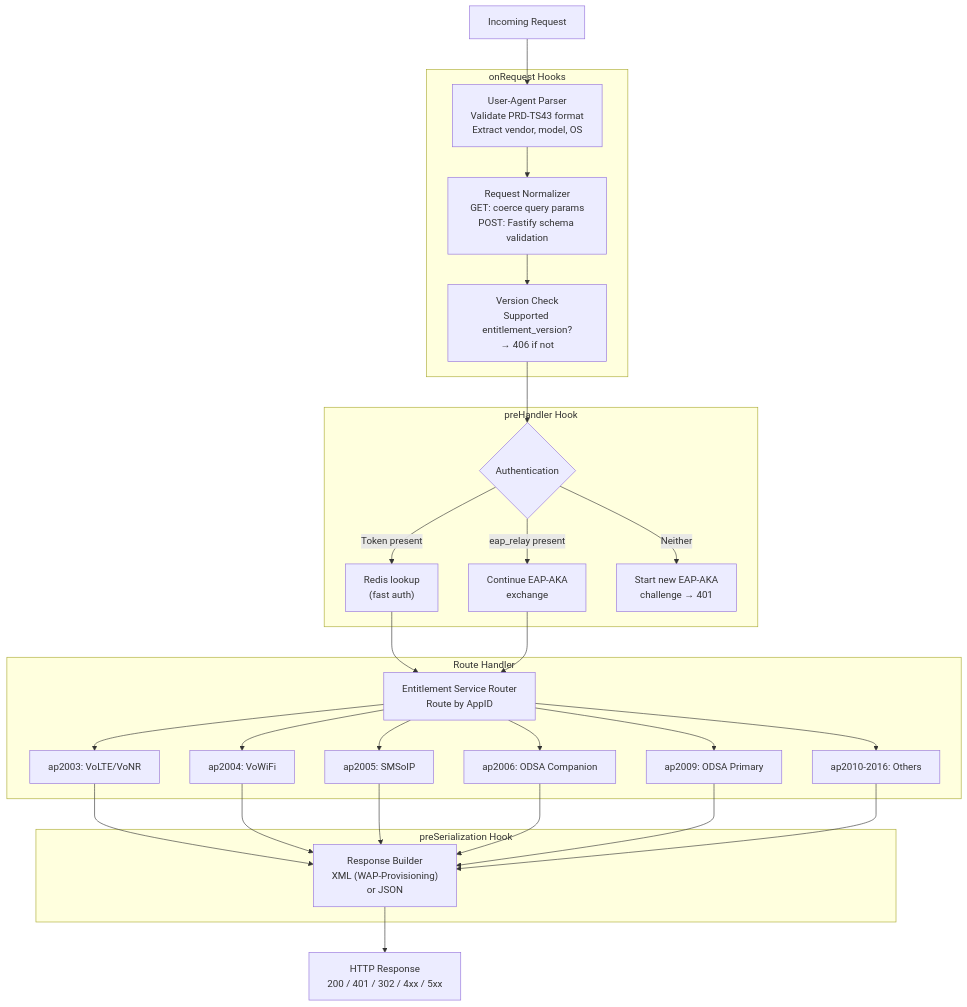
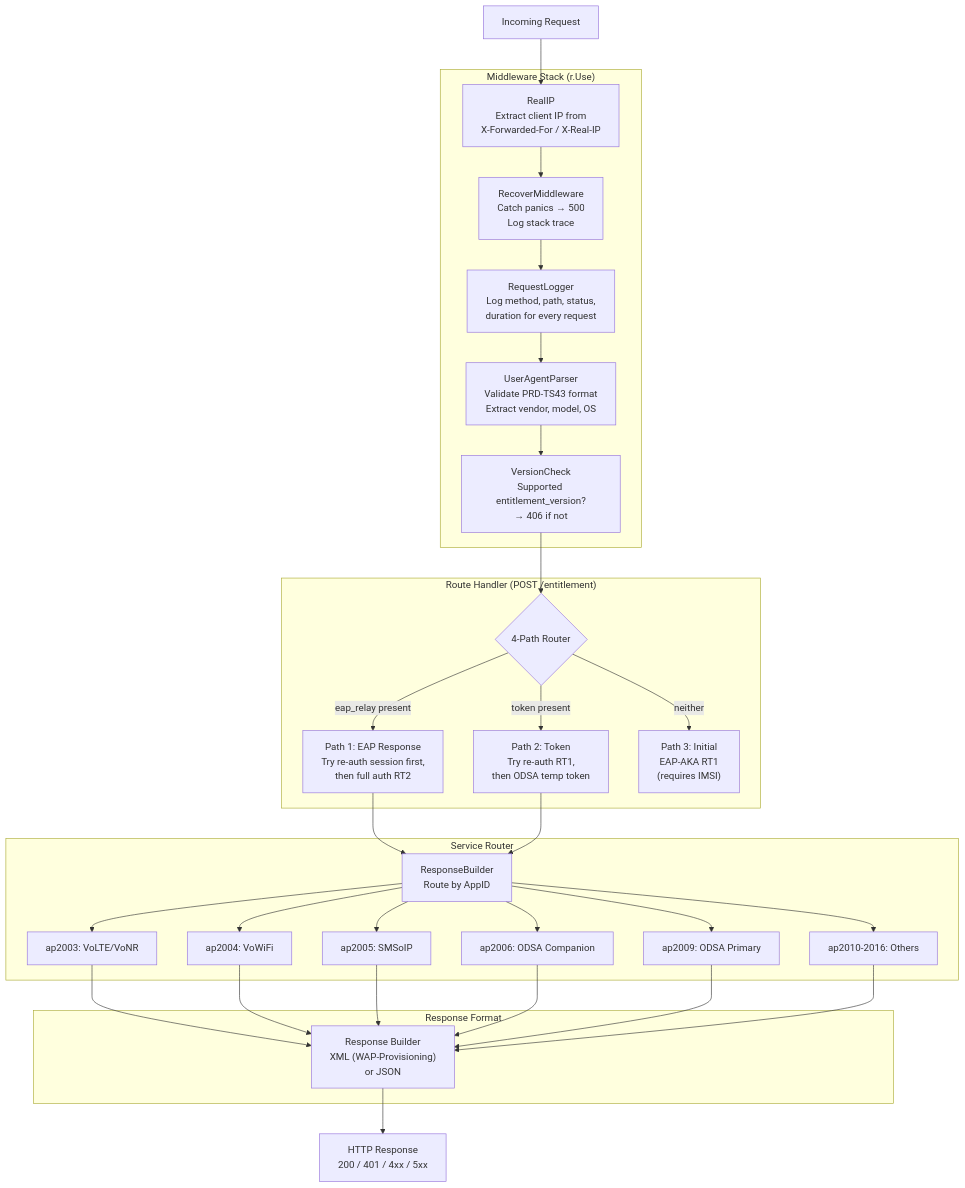
Before and after one commit to hkassaei/poc-entitlements-as-a-service-go: the fifth of 6 diagrams in architecture.md, drawn with Mermaid. The commit also changed other lines of this file and 189 other files, not shown here.

````diff
--- a/architecture.md
+++ b/architecture.md
@@ -191,42 +195,44 @@
 ```mermaid
 graph TB
     REQ["Incoming Request"] --> H1
 
-    subgraph "onRequest Hooks"
-        H1["User-Agent Parser<br/>Validate PRD-TS43 format<br/>Extract vendor, model, OS"]
-        H2["Request Normalizer<br/>GET: coerce query params<br/>POST: Fastify schema validation"]
-        H3["Version Check<br/>Supported entitlement_version?<br/>→ 406 if not"]
+    subgraph "Middleware Stack (r.Use)"
+        H1["RealIP<br/>Extract client IP from<br/>X-Forwarded-For / X-Real-IP"]
+        H2["RecoverMiddleware<br/>Catch panics → 500<br/>Log stack trace"]
+        H3["RequestLogger<br/>Log method, path, status,<br/>duration for every request"]
+        H4["UserAgentParser<br/>Validate PRD-TS43 format<br/>Extract vendor, model, OS"]
+        H5["VersionCheck<br/>Supported entitlement_version?<br/>→ 406 if not"]
     end
 
-    subgraph "preHandler Hook"
-        H4{"Authentication"}
-        H4 -->|"Token present"| H4a["Redis lookup<br/>(fast auth)"]
-        H4 -->|"eap_relay present"| H4b["Continue EAP-AKA<br/>exchange"]
-        H4 -->|"Neither"| H4c["Start new EAP-AKA<br/>challenge → 401"]
+    subgraph "Route Handler (POST /entitlement)"
+        H6{"4-Path Router"}
+        H6 -->|"eap_relay present"| P1["Path 1: EAP Response<br/>Try re-auth session first,<br/>then full auth RT2"]
+        H6 -->|"token present"| P2["Path 2: Token<br/>Try re-auth RT1,<br/>then ODSA temp token"]
+        H6 -->|"neither"| P3["Path 3: Initial<br/>EAP-AKA RT1<br/>(requires IMSI)"]
     end
 
-    subgraph "Route Handler"
-        H5["Entitlement Service Router<br/>Route by AppID"]
-        H5 --> S1["ap2003: VoLTE/VoNR"]
-        H5 --> S2["ap2004: VoWiFi"]
-        H5 --> S3["ap2005: SMSoIP"]
-        H5 --> S4["ap2006: ODSA Companion"]
-        H5 --> S5["ap2009: ODSA Primary"]
-        H5 --> S6["ap2010-2016: Others"]
+    subgraph "Service Router"
+        SR["ResponseBuilder<br/>Route by AppID"]
+        SR --> S1["ap2003: VoLTE/VoNR"]
+        SR --> S2["ap2004: VoWiFi"]
+        SR --> S3["ap2005: SMSoIP"]
+        SR --> S4["ap2006: ODSA Companion"]
+        SR --> S5["ap2009: ODSA Primary"]
+        SR --> S6["ap2010-2016: Others"]
     end
 
-    subgraph "preSerialization Hook"
-        H6["Response Builder<br/>XML (WAP-Provisioning)<br/>or JSON"]
+    subgraph "Response Format"
+        RF["Response Builder<br/>XML (WAP-Provisioning)<br/>or JSON"]
     end
 
-    H1 --> H2 --> H3 --> H4
-    H4a --> H5
-    H4b --> H5
-    S1 --> H6
-    S2 --> H6
-    S3 --> H6
-    S4 --> H6
-    S5 --> H6
-    S6 --> H6
-    H6 --> RESP["HTTP Response<br/>200 / 401 / 302 / 4xx / 5xx"]
+    H1 --> H2 --> H3 --> H4 --> H5 --> H6
+    P1 --> SR
+    P2 --> SR
+    S1 --> RF
+    S2 --> RF
+    S3 --> RF
+    S4 --> RF
+    S5 --> RF
+    S6 --> RF
+    RF --> RESP["HTTP Response<br/>200 / 401 / 4xx / 5xx"]
 ```
````
